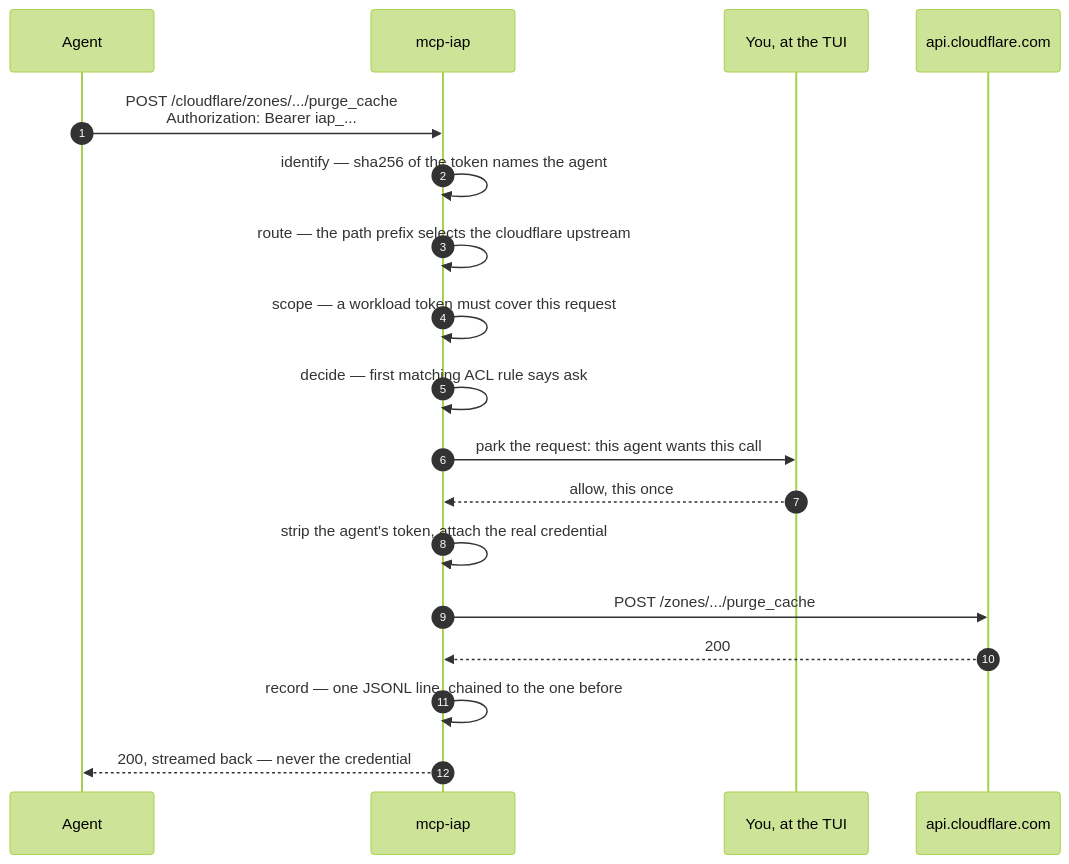
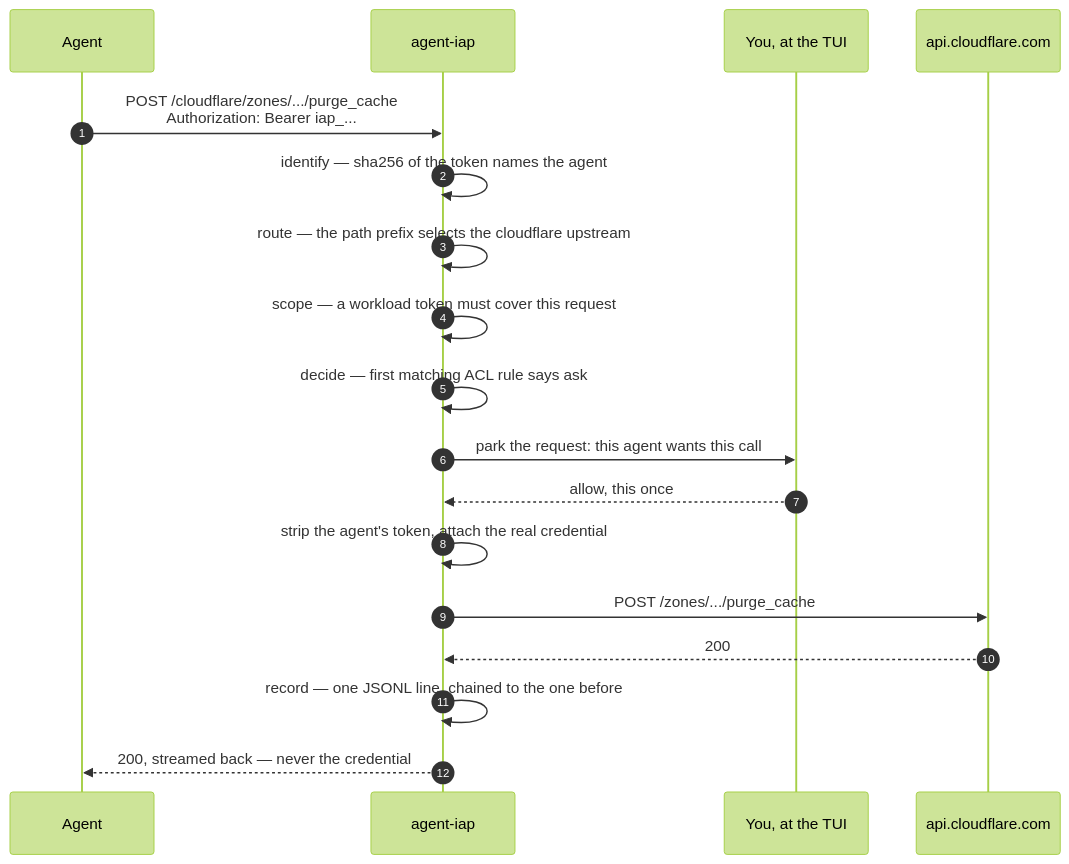
Before and after one commit to vpetersson/agent-iap: the third of 3 diagrams in README.md, drawn with Mermaid (forest theme). The commit also changed other lines of this file and 34 other files, not shown here.

````diff
--- a/README.md
+++ b/README.md
@@ -435,21 +435,21 @@
 ```mermaid
 sequenceDiagram
     autonumber
     participant Agent
-    participant IAP as mcp-iap
+    participant IAP as agent-iap
     participant You as You, at the TUI
     participant API as api.cloudflare.com
 
     Agent->>IAP: POST /cloudflare/zones/.../purge_cache<br/>Authorization: Bearer iap_...
     IAP->>IAP: identify — sha256 of the token names the agent
     IAP->>IAP: route — the path prefix selects the cloudflare upstream
     IAP->>IAP: scope — a workload token must cover this request
     IAP->>IAP: decide — first matching ACL rule says ask
     IAP->>You: park the request: this agent wants this call
     You-->>IAP: allow, this once
     IAP->>IAP: strip the agent's token, attach the real credential
     IAP->>API: POST /zones/.../purge_cache
     API-->>IAP: 200
     IAP->>IAP: record — one JSONL line, chained to the one before
     IAP-->>Agent: 200, streamed back — never the credential
 ```
````
